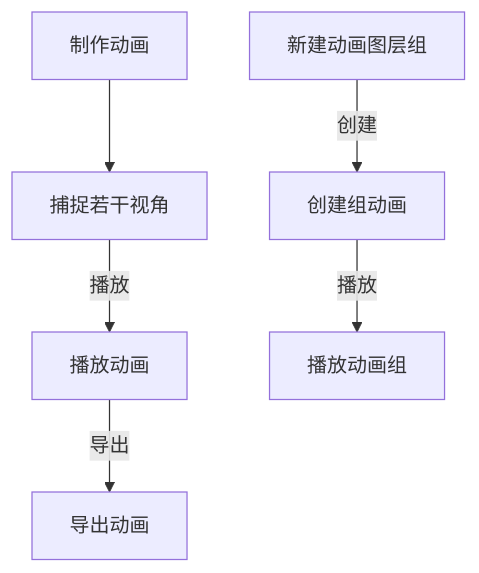
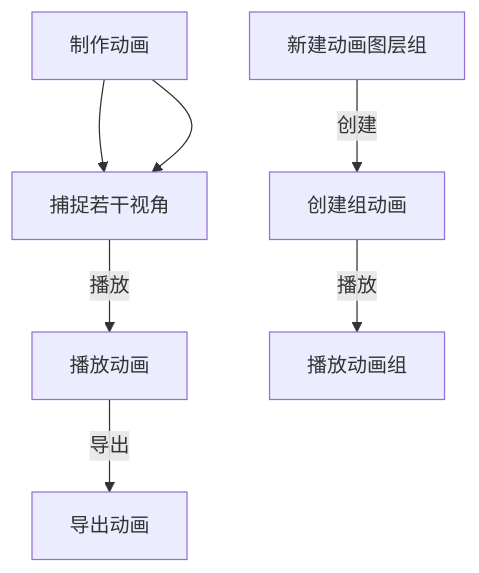
The diagram in all/未命名.md (newguser/iodraw-files), drawn with Mermaid before and after one commit.

Commit message:
2025-02-27 22:03:22 update

````diff
--- a/all/未命名.md
+++ b/all/未命名.md
@@ -1,10 +1,11 @@
 ```mermaid
 graph TD
+        A0[制作动画]-->A[捕捉若干视角]
         A0[制作动画]-->
         A[捕捉若干视角] -->|播放| B[播放动画]
         B -->|导出| C[导出动画]
 
         D[新建动画图层组] -->|创建| E[创建组动画]
         E -->|播放| F[播放动画组]
 
 ```
````
